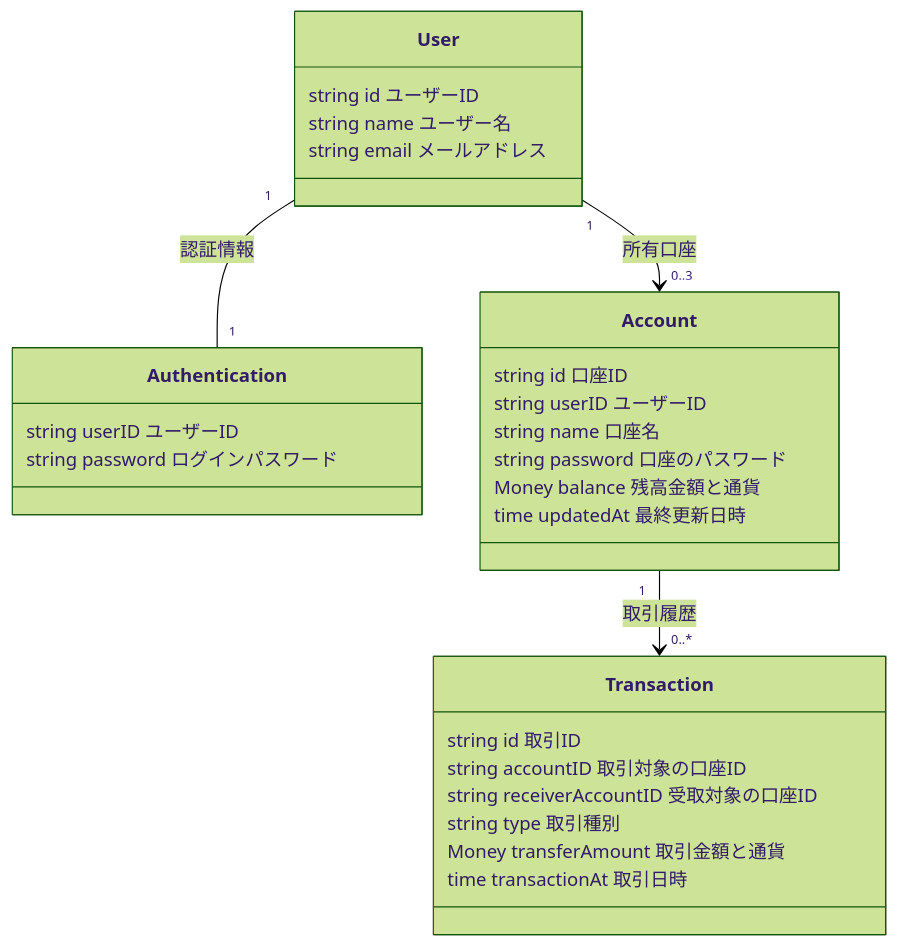
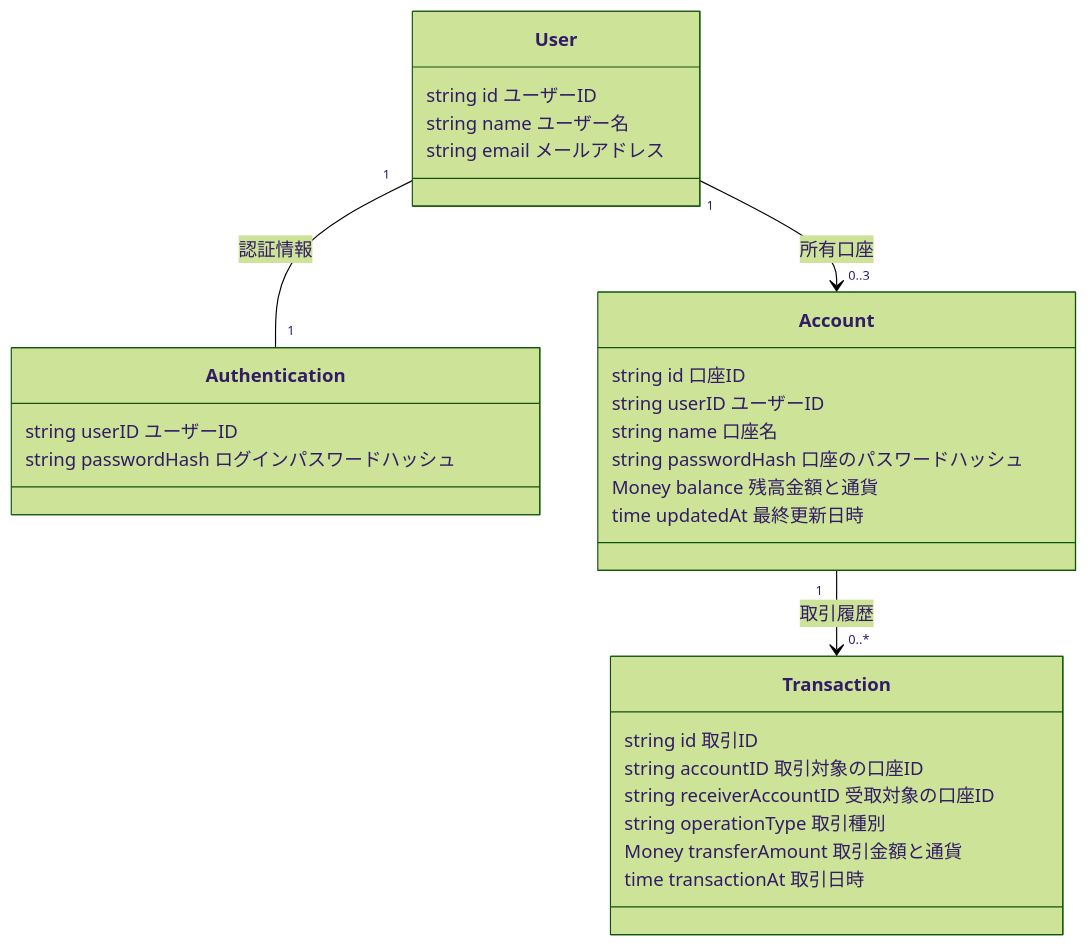
Before and after one commit to u104rak1/pocgo: the diagram in internal/domain/model_diagram.md, drawn with Mermaid (forest theme). The commit also changed 8 other files, not shown here.

````diff
--- a/internal/domain/model_diagram.md
+++ b/internal/domain/model_diagram.md
@@ -1,35 +1,35 @@
 ```mermaid
 classDiagram
   class User {
     string id ユーザーID
     string name ユーザー名
     string email メールアドレス
   }
 
   class Authentication {
     string userID ユーザーID
-    string password ログインパスワード
+    string passwordHash ログインパスワードハッシュ
   }
 
   class Account {
     string id 口座ID
     string userID ユーザーID
     string name 口座名
-    string password 口座のパスワード
+    string passwordHash 口座のパスワードハッシュ
     Money  balance 残高金額と通貨
     time   updatedAt 最終更新日時
   }
 
   class Transaction {
     string id 取引ID
     string accountID 取引対象の口座ID
     string receiverAccountID 受取対象の口座ID
-    string type 取引種別
+    string operationType 取引種別
     Money  transferAmount 取引金額と通貨
     time   transactionAt 取引日時
   }
 
   User "1" -- "1" Authentication : 認証情報
   User "1" --> "0..3" Account : 所有口座
   Account "1" --> "0..*" Transaction : 取引履歴
 ```
````
